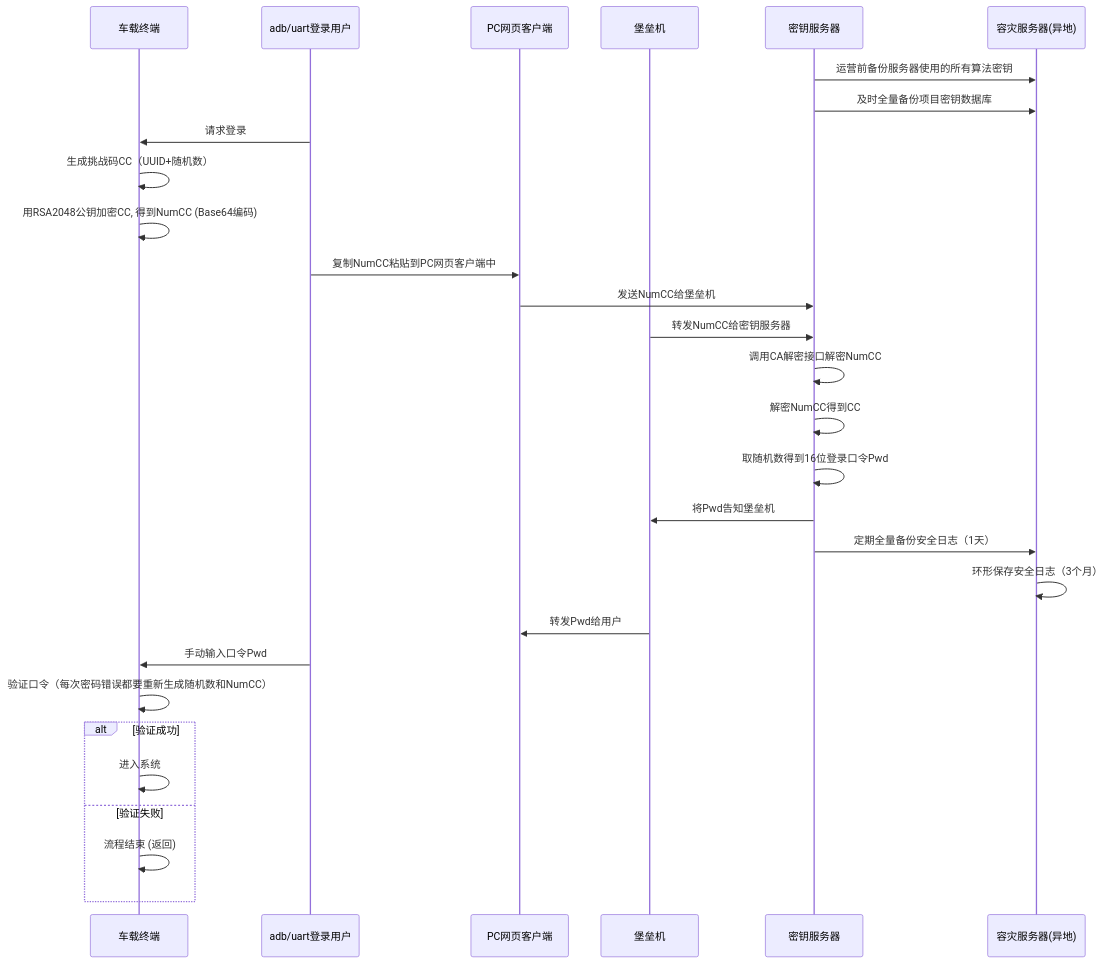
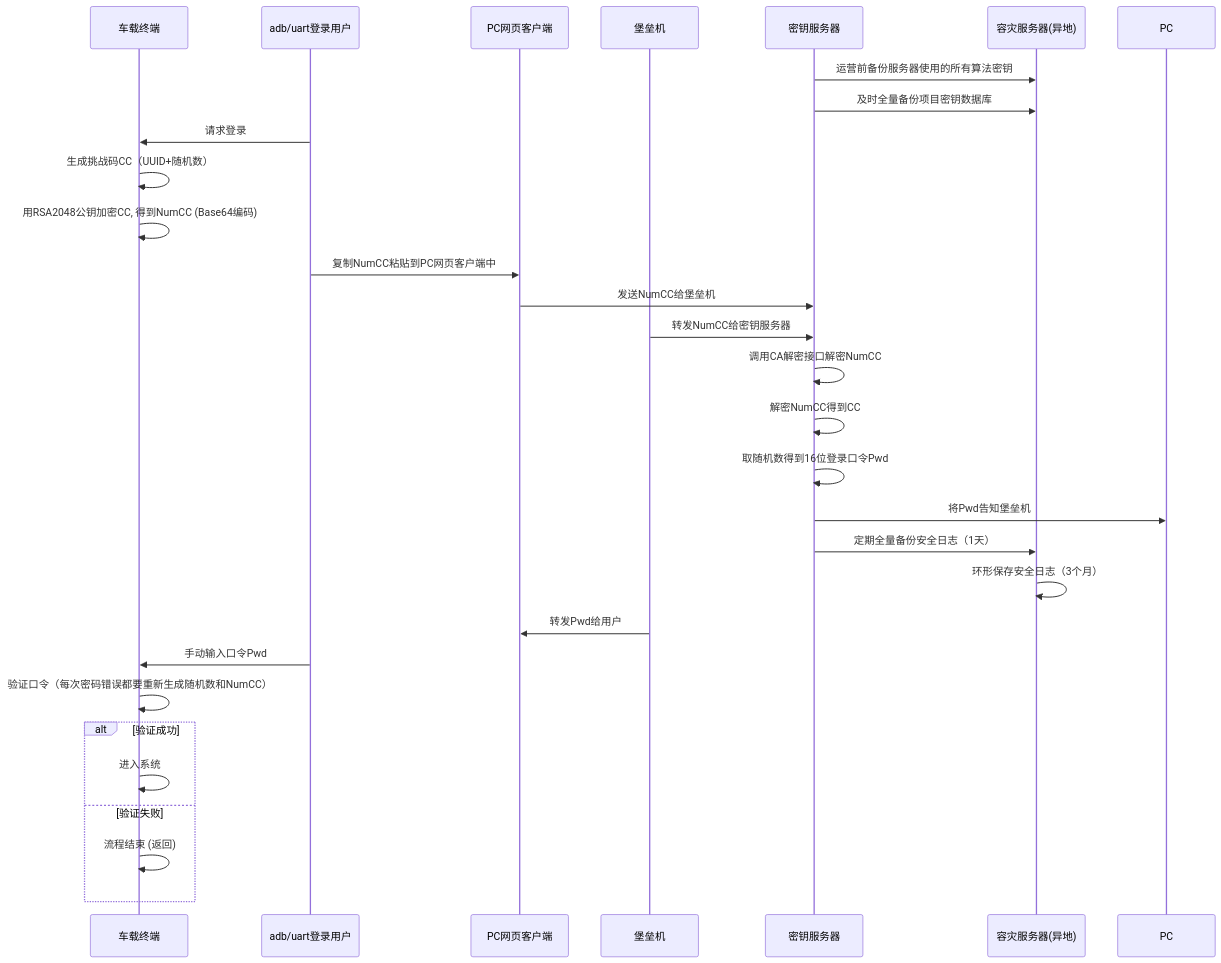
One commit to facebook-cloud/iodraw-files changed the diagram in all/未命名-19.md. Above: the diagram before and after it, drawn with Mermaid.

Commit message:
2026-03-17 10:23:39 update

````diff
--- a/all/未命名-19.md
+++ b/all/未命名-19.md
@@ -1,36 +1,36 @@
 ```mermaid
 sequenceDiagram
     participant tbox as 车载终端
     participant user as adb/uart登录用户
     participant pc as PC网页客户端
     participant bastion as 堡垒机
     participant tech_center as 密钥服务器
     participant backup as 容灾服务器(异地)
   
     tech_center->>backup: 运营前备份服务器使用的所有算法密钥
     tech_center->>backup: 及时全量备份项目密钥数据库
 
     user->>tbox: 请求登录
     tbox->>tbox: 生成挑战码CC（UUID+随机数）
     tbox->>tbox: 用RSA2048公钥加密CC, 得到NumCC (Base64编码)
     user->>pc: 复制NumCC粘贴到PC网页客户端中
     pc->>tech_center: 发送NumCC给堡垒机
     bastion->>tech_center: 转发NumCC给密钥服务器
     tech_center->>tech_center: 调用CA解密接口解密NumCC
     tech_center->>tech_center: 解密NumCC得到CC
     tech_center->>tech_center: 取随机数得到16位登录口令Pwd
-    tech_center->>bastion: 将Pwd告知堡垒机
+    tech_center->>PC: 将Pwd告知堡垒机
 
     tech_center->>backup: 定期全量备份安全日志（1天）
     backup->>backup: 环形保存安全日志（3个月）
     bastion->>pc: 转发Pwd给用户
     user->>tbox: 手动输入口令Pwd
     tbox->>tbox: 验证口令（每次密码错误都要重新生成随机数和NumCC）
     alt 验证成功
         tbox->>tbox: 进入系统
     else 验证失败
         tbox->>tbox: 流程结束 (返回)
     end
 
 
 ```
````
